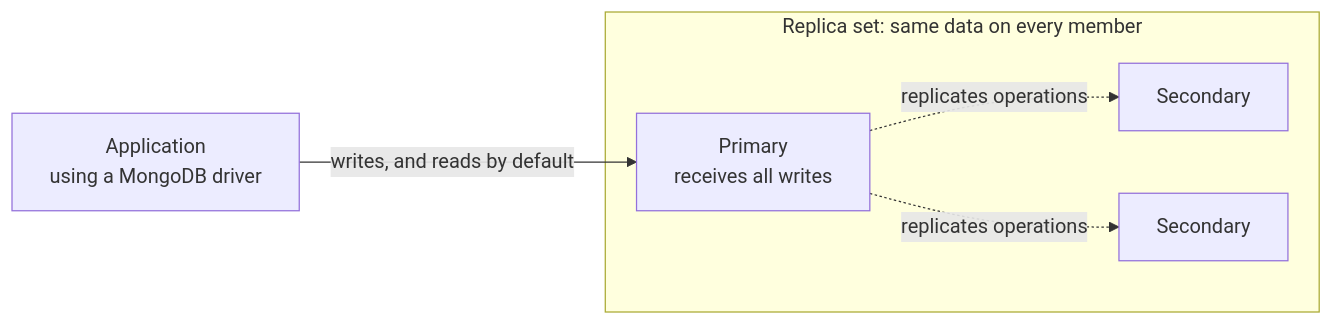
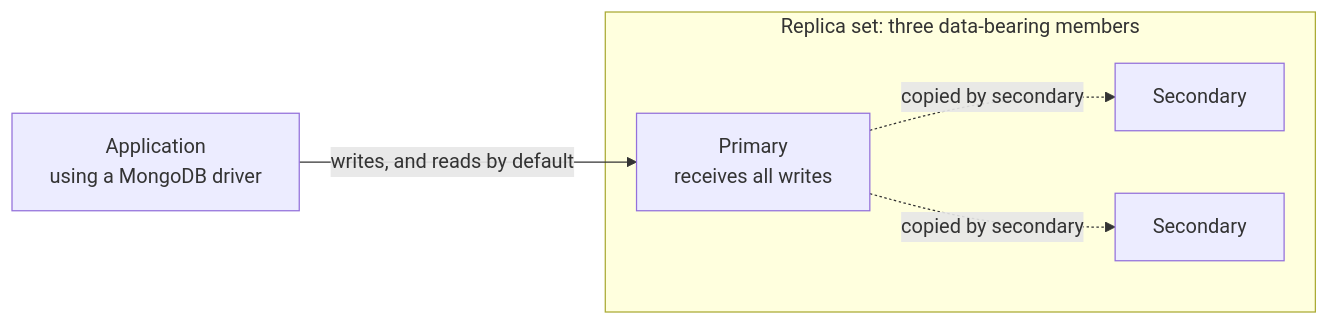
Before and after one commit to David-A18/MY-humble-knowledge-for-everyone: the second of 2 diagrams in knowledge/databases/mongodb/fundamentals.md, drawn with Mermaid. The commit also changed other lines of this file and 6 other files, not shown here.

````diff
--- a/knowledge/databases/mongodb/fundamentals.md
+++ b/knowledge/databases/mongodb/fundamentals.md
@@ -183,12 +251,12 @@
 ```mermaid
 flowchart LR
   app["Application<br/>using a MongoDB driver"]
-  subgraph rs["Replica set: same data on every member"]
+  subgraph rs["Replica set: three data-bearing members"]
     p["Primary<br/>receives all writes"]
     s1["Secondary"]
     s2["Secondary"]
-    p -. "replicates operations" .-> s1
-    p -. "replicates operations" .-> s2
+    p -. "copied by secondary" .-> s1
+    p -. "copied by secondary" .-> s2
   end
   app -- "writes, and reads by default" --> p
 ```
````
